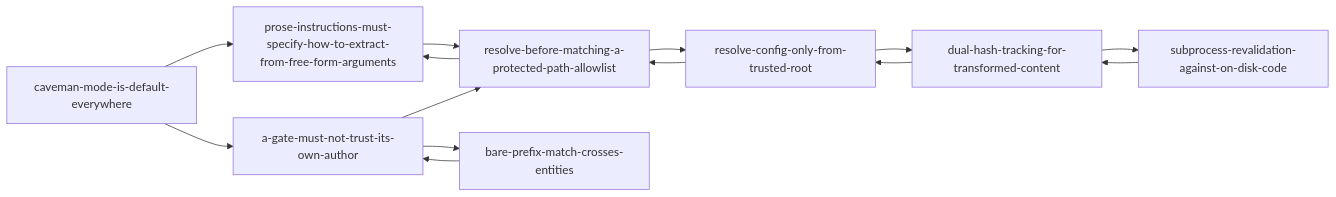
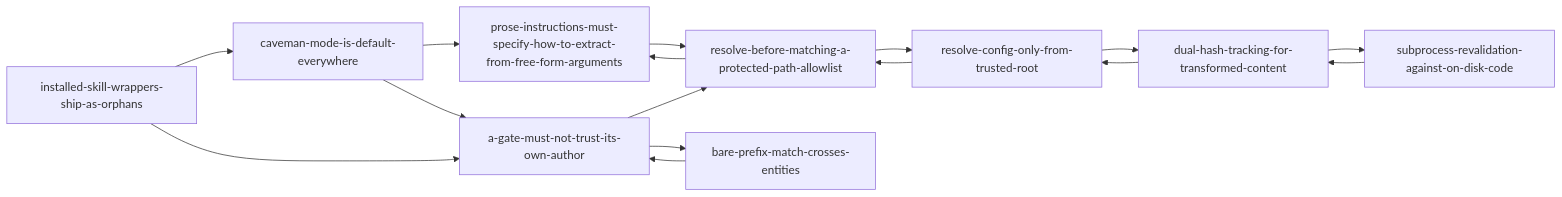
One commit to masterpol/ai-workflow changed the diagram in .project/knowledge/index.md. Above: the diagram before and after it, drawn with Mermaid. The commit also changed other lines of this file and 27 other files, not shown here.

````diff
--- a/.project/knowledge/index.md
+++ b/.project/knowledge/index.md
@@ -57,16 +61,18 @@
 ```mermaid
 graph LR
   caveman-mode-is-default-everywhere --> prose-instructions-must-specify-how-to-extract-from-free-form-arguments
   caveman-mode-is-default-everywhere --> a-gate-must-not-trust-its-own-author
   a-gate-must-not-trust-its-own-author --> resolve-before-matching-a-protected-path-allowlist
   a-gate-must-not-trust-its-own-author --> bare-prefix-match-crosses-entities
   dual-hash-tracking-for-transformed-content --> subprocess-revalidation-against-on-disk-code
   dual-hash-tracking-for-transformed-content --> resolve-config-only-from-trusted-root
   resolve-before-matching-a-protected-path-allowlist --> resolve-config-only-from-trusted-root
   resolve-before-matching-a-protected-path-allowlist --> prose-instructions-must-specify-how-to-extract-from-free-form-arguments
   resolve-config-only-from-trusted-root --> dual-hash-tracking-for-transformed-content
   resolve-config-only-from-trusted-root --> resolve-before-matching-a-protected-path-allowlist
   subprocess-revalidation-against-on-disk-code --> dual-hash-tracking-for-transformed-content
   bare-prefix-match-crosses-entities --> a-gate-must-not-trust-its-own-author
+  installed-skill-wrappers-ship-as-orphans --> caveman-mode-is-default-everywhere
+  installed-skill-wrappers-ship-as-orphans --> a-gate-must-not-trust-its-own-author
   prose-instructions-must-specify-how-to-extract-from-free-form-arguments --> resolve-before-matching-a-protected-path-allowlist
 ```
````
